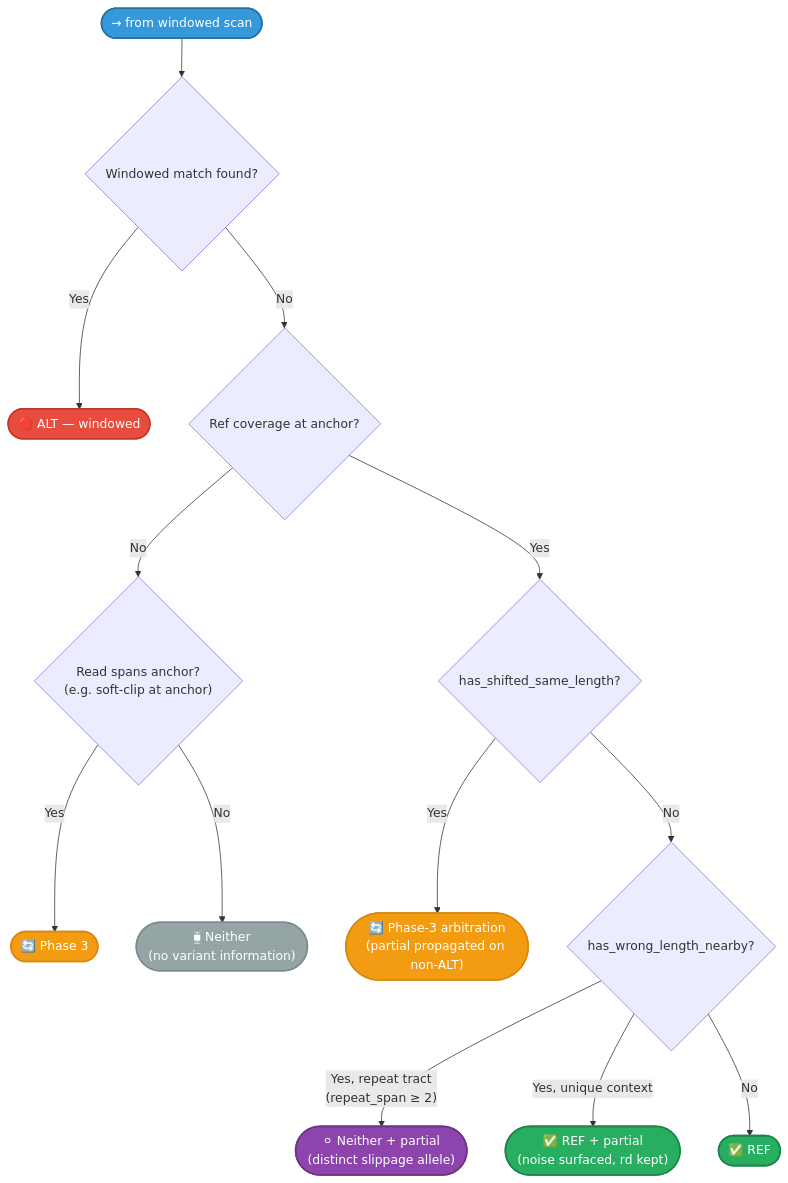
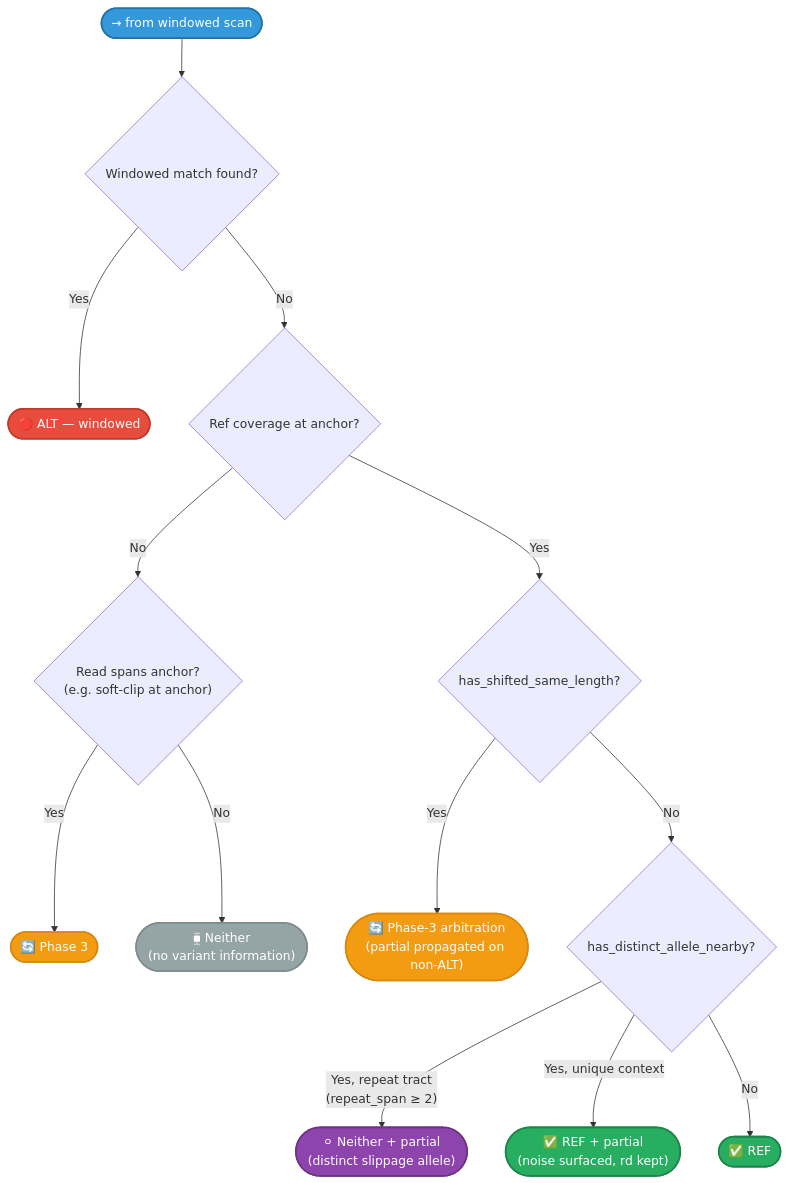
One commit to msk-access/gbcms changed the seventh of 12 diagrams in docs/reference/allele-classification.md. Above: the diagram before and after it, drawn with Mermaid. The commit also changed other lines of this file and 9 other files, not shown here.

````diff
--- a/docs/reference/allele-classification.md
+++ b/docs/reference/allele-classification.md
@@ -395,22 +409,22 @@
 ```mermaid
 flowchart TD
     EvalIn(["→ from windowed scan"]):::entry --> Win{"Windowed match found?"}
     Win -->|Yes| WinAlt(["🔴 ALT — windowed"]):::alt
     Win -->|No| Spans{"Ref coverage at anchor?"}
     Spans -->|No| AnchorSpan{"Read spans anchor?\n(e.g. soft-clip at anchor)"}
     AnchorSpan -->|Yes| CPX(["🔄 Phase 3"]):::fallback
     AnchorSpan -->|No| Neither(["⧯ Neither\n(no variant information)"]):::neither
     Spans -->|Yes| SLCheck{"has_shifted_same_length?"}
     SLCheck -->|Yes| CPXP(["🔄 Phase-3 arbitration\n(partial propagated on non-ALT)"]):::fallback
-    SLCheck -->|No| WLCheck{"has_wrong_length_nearby?"}
+    SLCheck -->|No| WLCheck{"has_distinct_allele_nearby?"}
     WLCheck -->|"Yes, repeat tract\n(repeat_span ≥ 2)"| WLPartial(["⚪ Neither + partial\n(distinct slippage allele)"]):::partial
     WLCheck -->|"Yes, unique context"| RefPartial(["✅ REF + partial\n(noise surfaced, rd kept)"]):::ref
     WLCheck -->|No| Ref(["✅ REF"]):::ref
 
     classDef entry fill:#3498db,color:#fff,stroke:#2471a3,stroke-width:2px;
     classDef ref fill:#27ae60,color:#fff,stroke:#1e8449,stroke-width:2px;
     classDef alt fill:#e74c3c,color:#fff,stroke:#c0392b,stroke-width:2px;
     classDef neither fill:#95a5a6,color:#fff,stroke:#7f8c8d,stroke-width:2px;
     classDef partial fill:#8e44ad,color:#fff,stroke:#6c3483,stroke-width:2px;
     classDef fallback fill:#f39c12,color:#fff,stroke:#d68910,stroke-width:2px;
 ```
````
